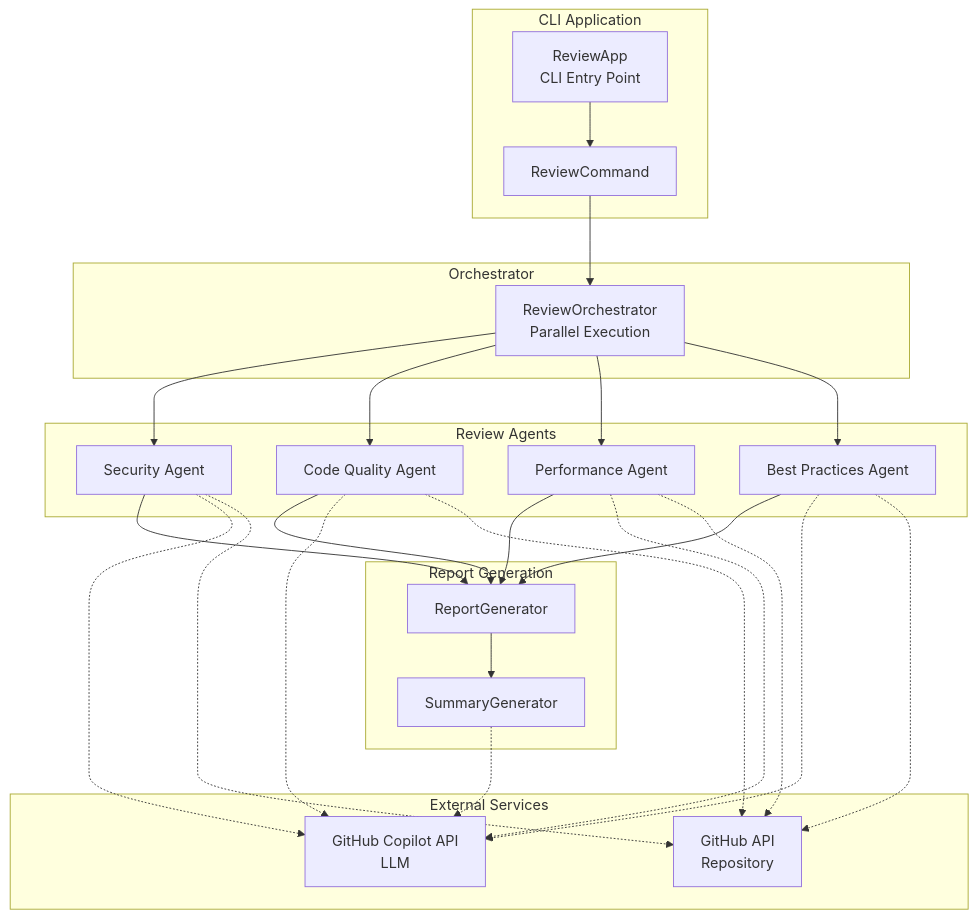
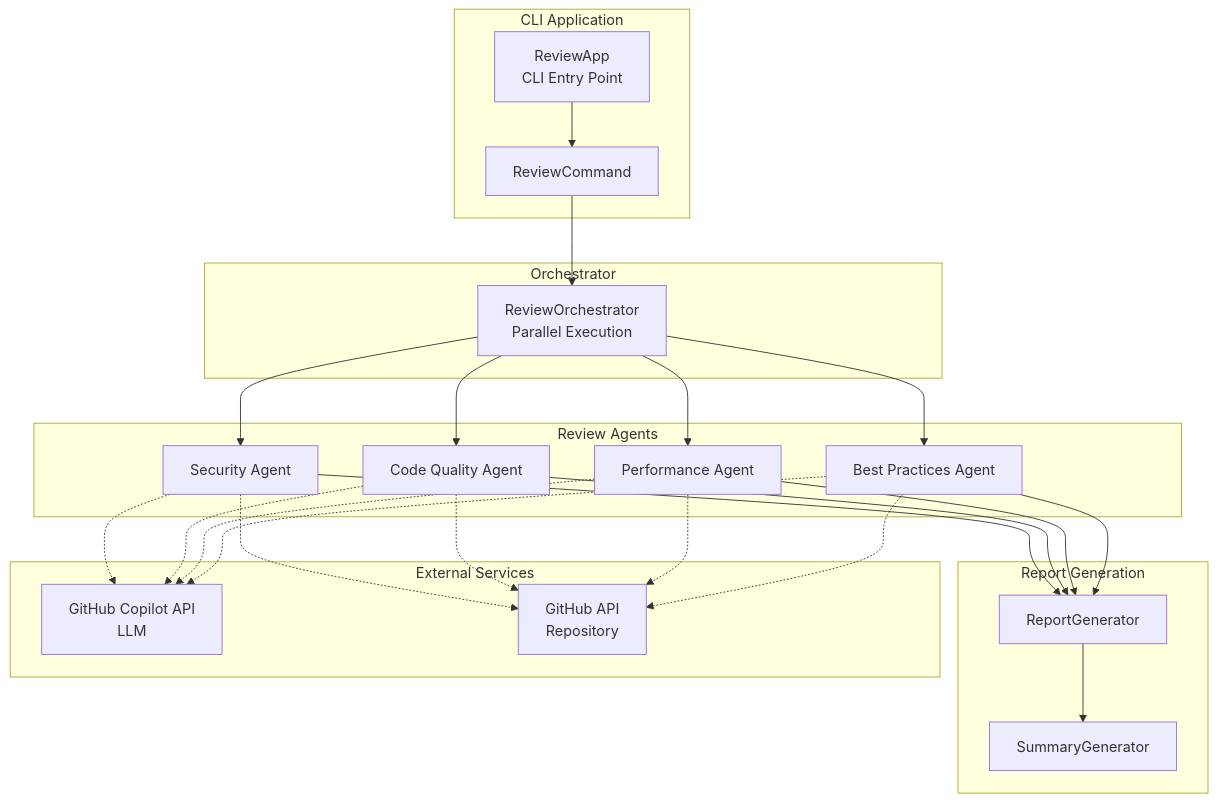
The diagram in README_ja.md (anishi1222/multi-agent-code-reviewer-java), drawn with Mermaid before and after one commit. The commit also changed other lines of this file and 14 other files, not shown here.

````diff
--- a/README_ja.md
+++ b/README_ja.md
@@ -234,52 +310,51 @@
 ```mermaid
 flowchart TB
     subgraph CLI[CLI Application]
         ReviewApp[ReviewApp<br/>CLI Entry Point]
         ReviewCommand[ReviewCommand]
     end
 
     subgraph Orchestrator[Orchestrator]
         ReviewOrchestrator[ReviewOrchestrator<br/>Parallel Execution]
     end
 
     subgraph Agents[Review Agents]
         Security[Security Agent]
         CodeQuality[Code Quality Agent]
         Performance[Performance Agent]
         BestPractices[Best Practices Agent]
     end
 
     subgraph Reports[Report Generation]
         ReportGenerator[ReportGenerator]
         SummaryGenerator[SummaryGenerator]
     end
 
     subgraph External[External Services]
         Copilot[GitHub Copilot API<br/>LLM]
         GitHub[GitHub API<br/>Repository]
     end
 
     ReviewApp --> ReviewCommand
     ReviewCommand --> ReviewOrchestrator
     ReviewOrchestrator --> Security
     ReviewOrchestrator --> CodeQuality
     ReviewOrchestrator --> Performance
     ReviewOrchestrator --> BestPractices
 
     Security --> ReportGenerator
     CodeQuality --> ReportGenerator
     Performance --> ReportGenerator
     BestPractices --> ReportGenerator
     ReportGenerator --> SummaryGenerator
 
     Security -.-> Copilot
     CodeQuality -.-> Copilot
     Performance -.-> Copilot
     BestPractices -.-> Copilot
-    SummaryGenerator -.-> Copilot
 
     Security -.-> GitHub
     CodeQuality -.-> GitHub
     Performance -.-> GitHub
     BestPractices -.-> GitHub
 ```
````
